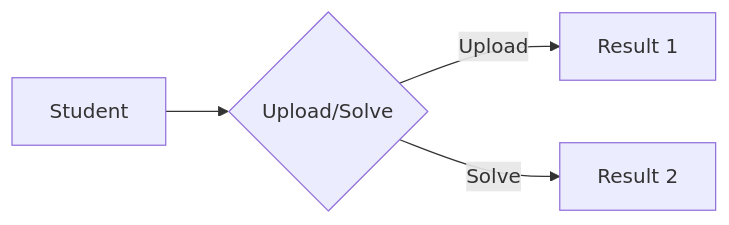
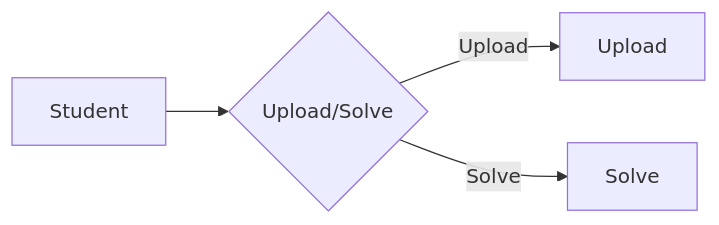
Before and after one commit to Smarti-AI/smarti: the diagram in docs/lang_chain.md, drawn with Mermaid.

````diff
--- a/docs/lang_chain.md
+++ b/docs/lang_chain.md
@@ -14,7 +14,7 @@
 ```mermaid
 flowchart LR
 
 A[Student] --> B{Upload/Solve}
-B -->|Upload| D[Result 1]
-B -->|Solve| E[Result 2]
+B -->|Upload| D[Upload]
+B -->|Solve| E[Solve]
 ```
````
